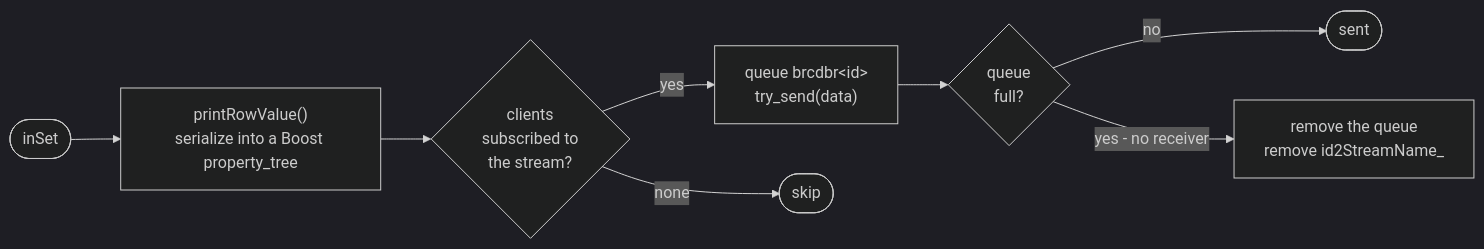
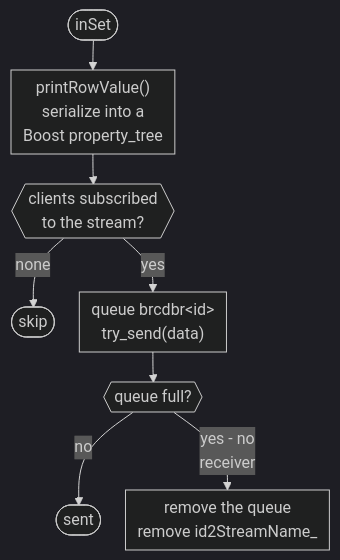
Before and after one commit to michalwidera/documentation-rdb: the fifth of 6 diagrams in query-execution/query-tree-traversal-algorithm.md, drawn with Mermaid (dark theme).

````diff
--- a/query-execution/query-tree-traversal-algorithm.md
+++ b/query-execution/query-tree-traversal-algorithm.md
@@ -173,13 +173,13 @@
 ```mermaid
 %% pdf-width: 85%
-%% pdf-height: 45%
-%%{init: {"markdownAutoWrap": false}}%%
-flowchart LR
-    A([inSet]) --> B["printRowValue()<br/>serialize into a Boost property_tree"]
-    B --> C{clients<br/>subscribed to<br/>the stream?}
+%% pdf-height: 60%
+%%{init: {"markdownAutoWrap": false, "flowchart": {"nodeSpacing": 25, "rankSpacing": 30, "padding": 6}}}%%
+flowchart TB
+    A([inSet]) --> B["printRowValue()<br/>serialize into a<br/>Boost property_tree"]
+    B --> C{{"clients subscribed<br/>to the stream?"}}
+    C -->|none| H([skip])
     C -->|yes| D["queue brcdbr&lt;id&gt;<br/>try_send(data)"]
-    D --> E{queue<br/>full?}
+    D --> E{{"queue full?"}}
     E -->|no| F([sent])
-    E -->|yes - no receiver| G["remove the queue<br/>remove id2StreamName_"]
-    C -->|none| H([skip])
+    E -->|"yes - no<br/>receiver"| G["remove the queue<br/>remove id2StreamName_"]
 ```
````
